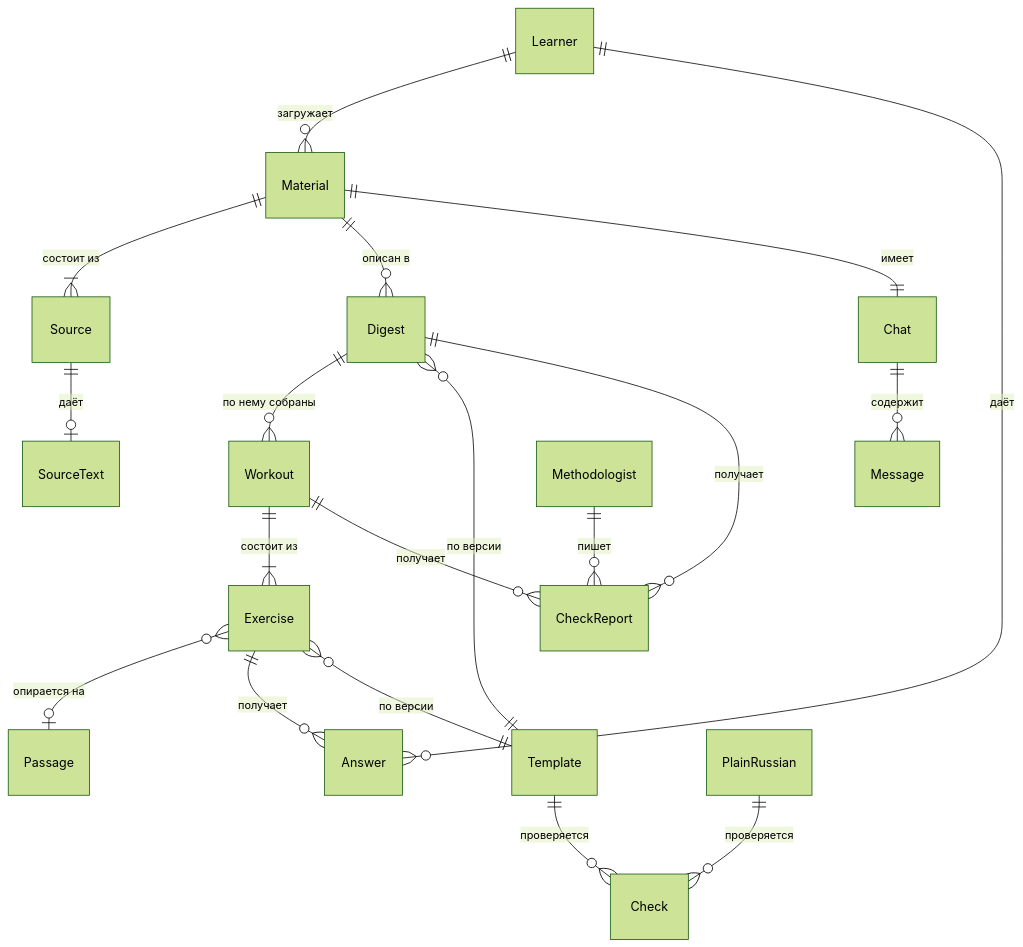
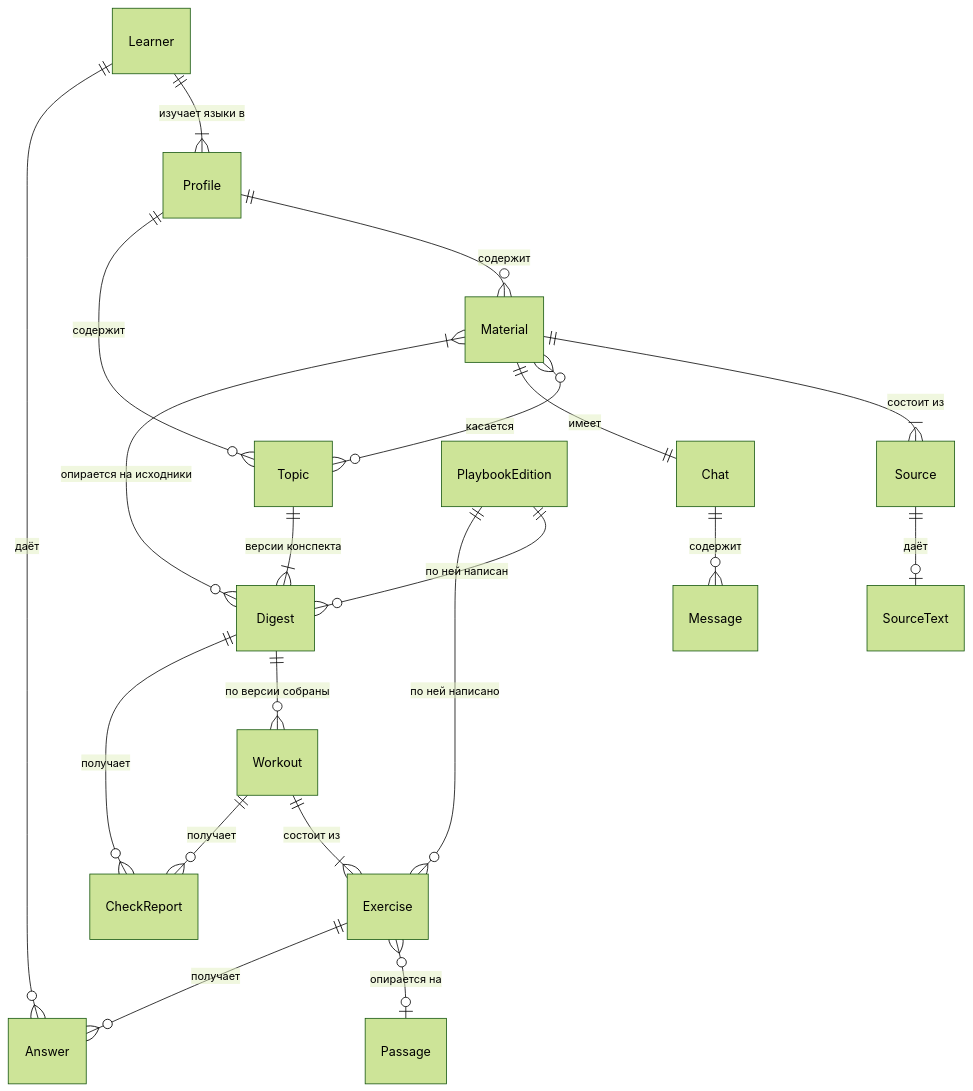
Before and after one commit to AzatKhairutdinov/AiRepetitor: the diagram in docs/domain/model.md, drawn with Mermaid (forest theme). The commit also changed other lines of this file and 8 other files, not shown here.

````diff
--- a/docs/domain/model.md
+++ b/docs/domain/model.md
@@ -7,21 +7,22 @@
 ```mermaid
 erDiagram
-    Learner ||--o{ Material : "загружает"
+    Learner ||--|{ Profile : "изучает языки в"
+    Profile ||--o{ Material : "содержит"
+    Profile ||--o{ Topic : "содержит"
     Material ||--|{ Source : "состоит из"
     Source ||--o| SourceText : "даёт"
-    Material ||--o{ Digest : "описан в"
+    Material }o--o{ Topic : "касается"
+    Topic ||--|{ Digest : "версии конспекта"
+    Digest }o--|{ Material : "опирается на исходники"
     Material ||--|| Chat : "имеет"
     Chat ||--o{ Message : "содержит"
-    Digest ||--o{ Workout : "по нему собраны"
+    Digest ||--o{ Workout : "по версии собраны"
     Workout ||--|{ Exercise : "состоит из"
     Exercise }o--o| Passage : "опирается на"
     Exercise ||--o{ Answer : "получает"
     Learner ||--o{ Answer : "даёт"
-    Template ||--o{ Check : "проверяется"
-    PlainRussian ||--o{ Check : "проверяется"
-    Digest }o--|| Template : "по версии"
-    Exercise }o--|| Template : "по версии"
-    Methodologist ||--o{ CheckReport : "пишет"
+    PlaybookEdition ||--o{ Digest : "по ней написан"
+    PlaybookEdition ||--o{ Exercise : "по ней написано"
     Digest ||--o{ CheckReport : "получает"
     Workout ||--o{ CheckReport : "получает"
 ```
````
